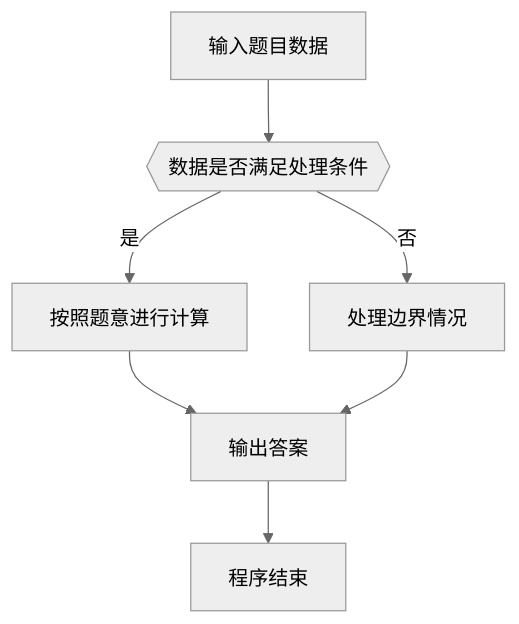
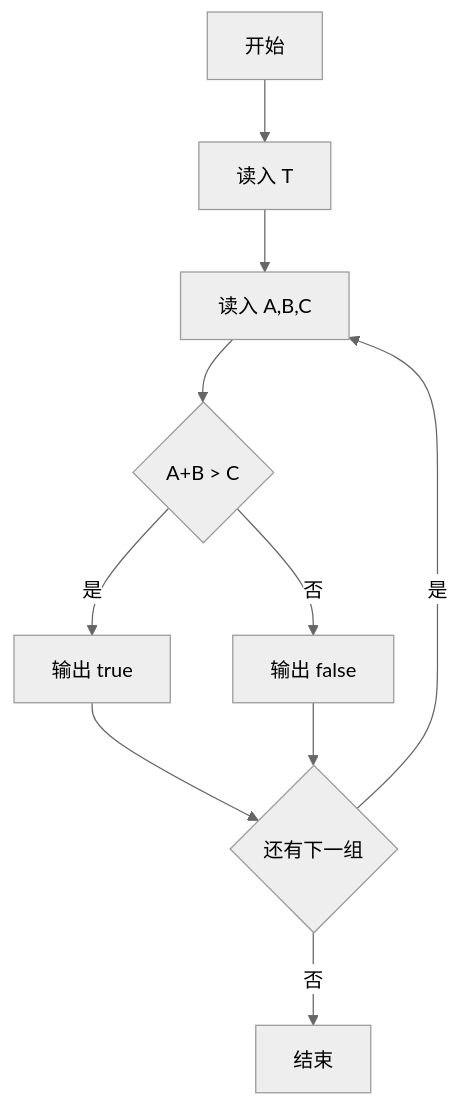
The first of 2 diagrams in 1011-A+B 和 C.md (pta-program/pta_basic_level_article_by_ruby), drawn with Mermaid (neutral theme) before and after one commit. The commit also changed other lines of this file and 127 other files, not shown here.

First line of the commit message:
fix: repair solutions, per-problem flowcharts, math rendering, and Pages deploy

````diff
--- a/1011-A+B 和 C.md
+++ b/1011-A+B 和 C.md
@@ -83,9 +71,12 @@
 ```mermaid
 flowchart TD
-  A[输入题目数据] --> B{{数据是否满足处理条件}}
-  B -- 是 --> C[按照题意进行计算]
-  B -- 否 --> D[处理边界情况]
-  C --> E[输出答案]
-  D --> E
-  E --> F[程序结束]
+  A["开始"] --> B["读入 T"]
+  B --> C["读入 A,B,C"]
+  C --> D{"A+B > C"}
+  D -- "是" --> E["输出 true"]
+  D -- "否" --> F["输出 false"]
+  E --> G{"还有下一组"}
+  F --> G
+  G -- "是" --> C
+  G -- "否" --> H["结束"]
 ```
````
